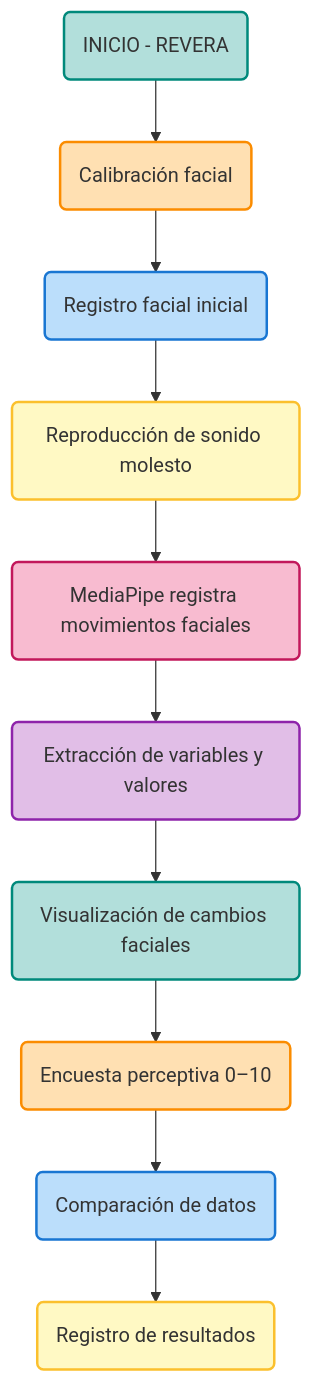
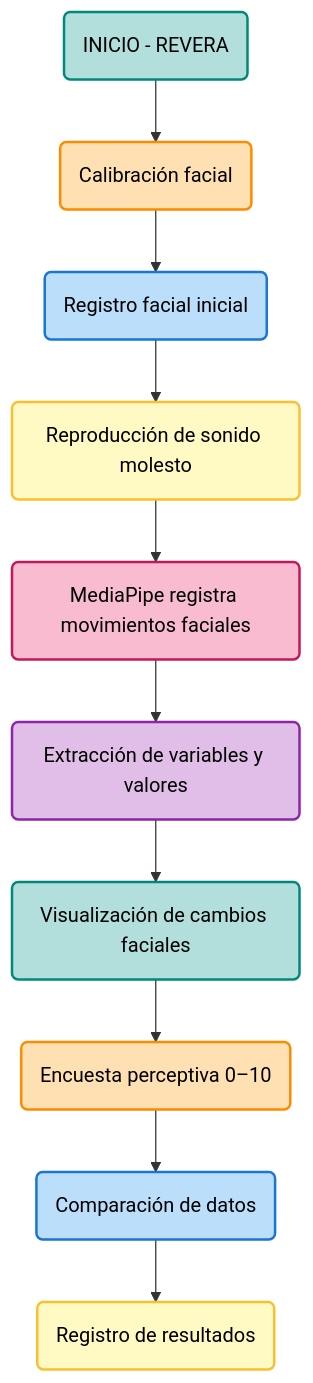
The diagram in README.md (vxlentiinaa/revera_dis8646), drawn with Mermaid before and after one commit.

Commit message:
Add color styles for classes A to J
Added styles for classes A to J in the README.

````diff
--- a/README.md
+++ b/README.md
@@ -65,28 +65,39 @@
 ```mermaid
 flowchart TD
 %% Nodes
 A("INICIO - REVERA"):::green
 B("Calibración facial"):::orange
 C("Registro facial inicial"):::blue
 D("Reproducción de sonido molesto"):::yellow
 E("MediaPipe registra movimientos faciales"):::pink
 F("Extracción de variables y valores"):::purple
 G("Visualización de cambios faciales"):::green
 H("Encuesta perceptiva 0–10"):::orange
 I("Comparación de datos"):::blue
 J("Registro de resultados"):::yellow
 
 
 
 %% Edges
 A --> B --> C --> D --> E --> F --> G --> H --> I --> J
 
 
 %% Styling
 classDef green fill:#B2DFDB,stroke:#00897B,stroke-width:2px;
 classDef orange fill:#FFE0B2,stroke:#FB8C00,stroke-width:2px;
 classDef blue fill:#BBDEFB,stroke:#1976D2,stroke-width:2px;
 classDef yellow fill:#FFF9C4,stroke:#FBC02D,stroke-width:2px;
 classDef pink fill:#F8BBD0,stroke:#C2185B,stroke-width:2px;
 classDef purple fill:#E1BEE7,stroke:#8E24AA,stroke-width:2px;
+
+style A color:#000000
+style B color:#000000
+style C color:#000000
+style D color:#000000
+style E color:#000000
+style F color:#000000
+style G color:#000000
+style H color:#000000
+style I color:#000000
+style J color:#000000
 ```
````
